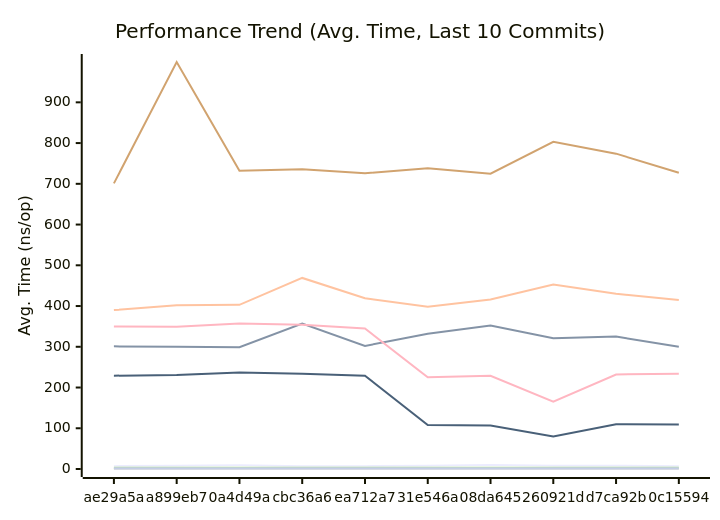
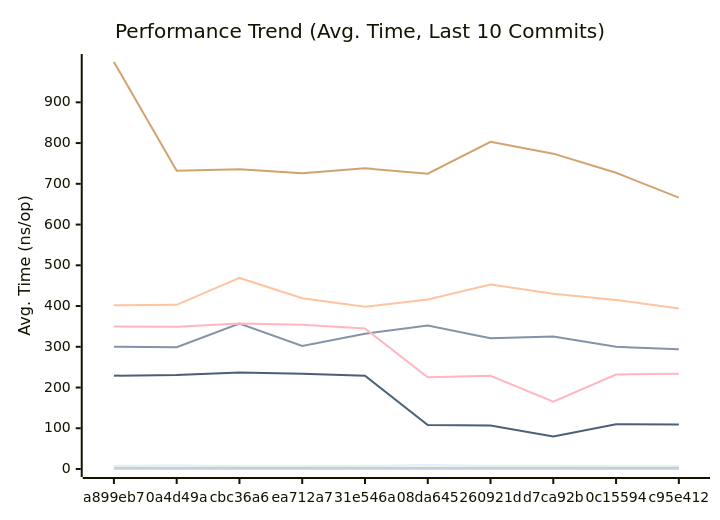
The first of 3 diagrams in docs/PERFORMANCE.md (alsotoes/momo), drawn with Mermaid before and after one commit. The commit also changed other lines of this file and 2 other files, not shown here.

````diff
--- a/docs/PERFORMANCE.md
+++ b/docs/PERFORMANCE.md
@@ -80,16 +80,16 @@
 ```mermaid
 xychart-beta
     title "Performance Trend (Avg. Time, Last 10 Commits)"
     x-axis "Commit"
     y-axis "Avg. Time (ns/op)"
-    x-axis [ae29a5a,a899eb7,0a4d49a,cbc36a6,ea712a7,31e546a,08da645,260921d,d7ca92b,0c15594]
-    line "CheckMetricsAndSwap" [7,8,9,7,7,8,10,8,8,7]
-    line "CrushOptimized" [301,300,299,357,302,332,352,321,325,300]
-    line "CrushOriginal" [390,402,403,469,419,398,416,453,430,415]
+    x-axis [a899eb7,0a4d49a,cbc36a6,ea712a7,31e546a,08da645,260921d,d7ca92b,0c15594,c95e412]
+    line "CheckMetricsAndSwap" [8,9,7,7,8,10,8,8,7,7]
+    line "CrushOptimized" [300,299,357,302,332,352,321,325,300,294]
+    line "CrushOriginal" [402,403,469,419,398,416,453,430,415,394]
     line "IndexDirectTracking" [0,0,0,0,0,0,0,0,0,0]
     line "IndexSearch" [3,3,3,3,3,3,3,3,3,3]
-    line "LoadGlobalConfig" [701,999,732,736,726,738,725,803,774,727]
+    line "LoadGlobalConfig" [999,732,736,726,738,725,803,774,727,666]
     line "PadString" [2,2,2,2,2,2,2,2,2,2]
     line "ParseReplicationOrder_NoPrealloc" [350,349,357,354,345,225,229,165,232,234]
     line "ParseReplicationOrder_Prealloc" [229,231,237,234,229,108,107,80,110,109]
 ```
````
